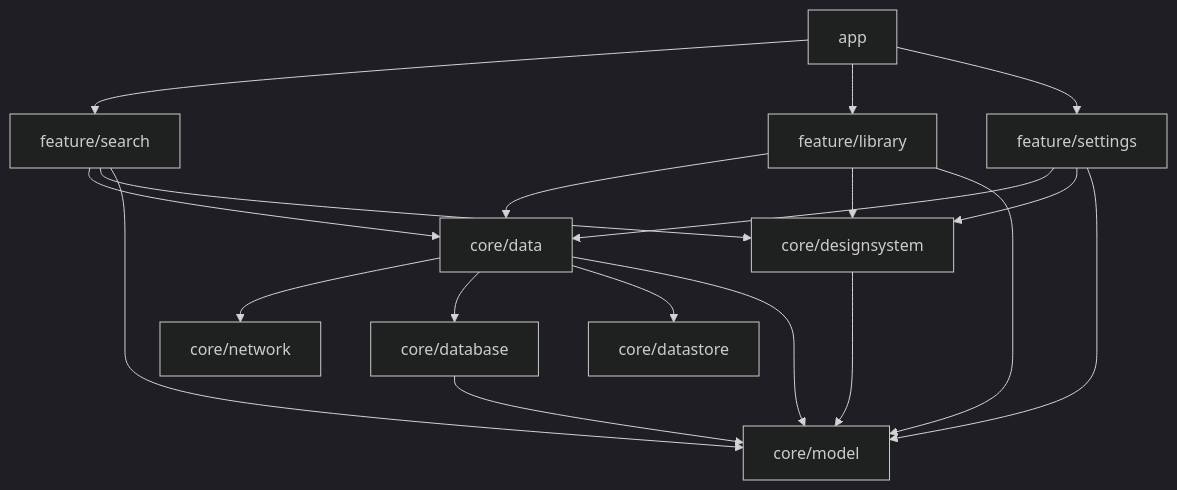
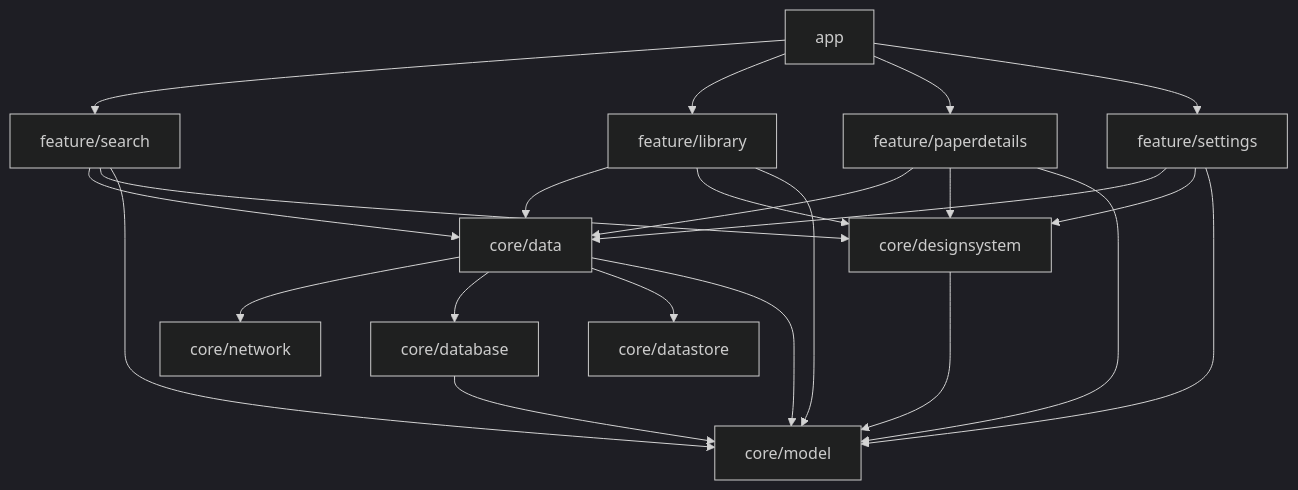
Before and after one commit to FadyFouad/Hashiya: the diagram in README.md, drawn with Mermaid (dark theme). The commit also changed other lines of this file, not shown here.

Commit message:
docs: describe paper details and notes in the README

````diff
--- a/README.md
+++ b/README.md
@@ -28,8 +29,8 @@
 ```mermaid
 graph TD
-    app --> feature/search & feature/library & feature/settings
-    feature/search & feature/library & feature/settings --> core/data & core/designsystem & core/model
+    app --> feature/search & feature/library & feature/paperdetails & feature/settings
+    feature/search & feature/library & feature/paperdetails & feature/settings --> core/data & core/designsystem & core/model
     core/designsystem --> core/model
     core/database --> core/model
     core/data --> core/network & core/database & core/datastore & core/model
 ```
````
